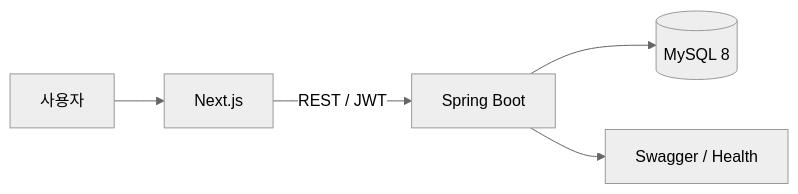
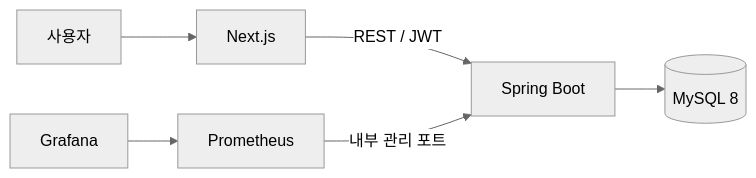
The diagram in README.md (duvwlq/refail), drawn with Mermaid (neutral theme) before and after one commit. The commit also changed other lines of this file and 9 other files, not shown here.

````diff
--- a/README.md
+++ b/README.md
@@ -33,7 +45,8 @@
 ```mermaid
 flowchart LR
     U[사용자] --> F[Next.js]
     F -->|REST / JWT| B[Spring Boot]
     B --> DB[(MySQL 8)]
-    B --> S[Swagger / Health]
+    P[Prometheus] -->|내부 관리 포트| B
+    G[Grafana] --> P
 ```
````
